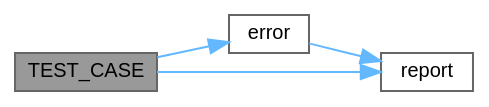
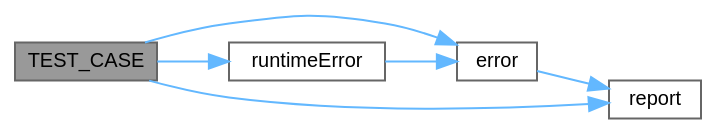
One commit to helcsnewsxd/gsc-interpreter changed the diagram in errorTest_8cpp_af93175627642fbb8db1d156e4cf1b477_cgraph.dot. Above: the diagram before and after it, drawn with Graphviz. The commit also changed 105 other files, not shown here.

```diff
--- a/errorTest_8cpp_af93175627642fbb8db1d156e4cf1b477_cgraph.dot
+++ b/errorTest_8cpp_af93175627642fbb8db1d156e4cf1b477_cgraph.dot
@@ -1,14 +1,17 @@
 digraph "TEST_CASE"
 {
  // LATEX_PDF_SIZE
   bgcolor="transparent";
   edge [fontname=Helvetica,fontsize=10,labelfontname=Helvetica,labelfontsize=10];
   node [fontname=Helvetica,fontsize=10,shape=box,height=0.2,width=0.4];
   rankdir="LR";
   Node1 [id="Node000001",label="TEST_CASE",height=0.2,width=0.4,color="gray40", fillcolor="grey60", style="filled", fontcolor="black",tooltip=" "];
   Node1 -> Node2 [id="edge1_Node000001_Node000002",color="steelblue1",style="solid",tooltip=" "];
   Node2 [id="Node000002",label="error",height=0.2,width=0.4,color="grey40", fillcolor="white", style="filled",URL="$error_8cpp.html#a057203d3ddd2dc7ffdbacf4be430a2e7",tooltip="Report an error in the given line."];
   Node2 -> Node3 [id="edge2_Node000002_Node000003",color="steelblue1",style="solid",tooltip=" "];
   Node3 [id="Node000003",label="report",height=0.2,width=0.4,color="grey40", fillcolor="white", style="filled",URL="$error_8cpp.html#aef92bba490af31bffca743240f705016",tooltip="Report an error in the given line and location."];
   Node1 -> Node3 [id="edge3_Node000001_Node000003",color="steelblue1",style="solid",tooltip=" "];
+  Node1 -> Node4 [id="edge4_Node000001_Node000004",color="steelblue1",style="solid",tooltip=" "];
+  Node4 [id="Node000004",label="runtimeError",height=0.2,width=0.4,color="grey40", fillcolor="white", style="filled",URL="$error_8cpp.html#a52e9d0438880e071985009848bab2d32",tooltip="Report a runtime error given a RuntimeError object."];
+  Node4 -> Node2 [id="edge5_Node000004_Node000002",color="steelblue1",style="solid",tooltip=" "];
 }
```
